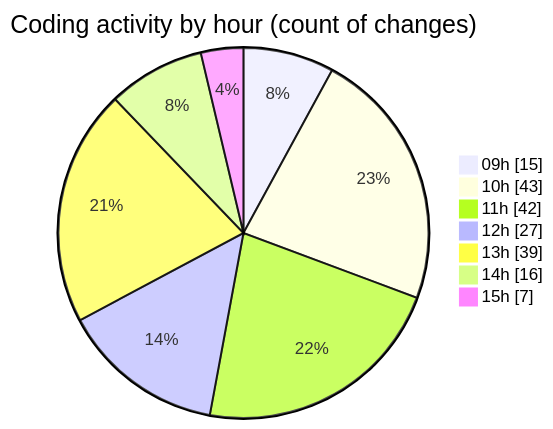
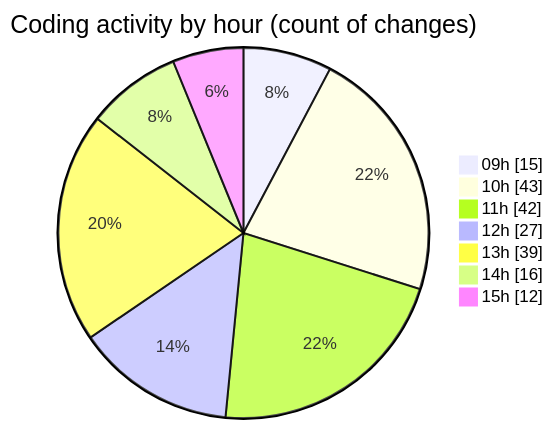
Before and after one commit to momahboobian/code-tracking: the second of 2 diagrams in 2025-09-30/cda/README.md, drawn with Mermaid. The commit also changed other lines of this file and 1 other file, not shown here.

````diff
--- a/2025-09-30/cda/README.md
+++ b/2025-09-30/cda/README.md
@@ -32,11 +32,11 @@
 ```mermaid
 pie showData
 title Coding activity by hour (count of changes)
 "09h" : 15
 "10h" : 43
 "11h" : 42
 "12h" : 27
 "13h" : 39
 "14h" : 16
-"15h" : 7
+"15h" : 12
 ```
````
